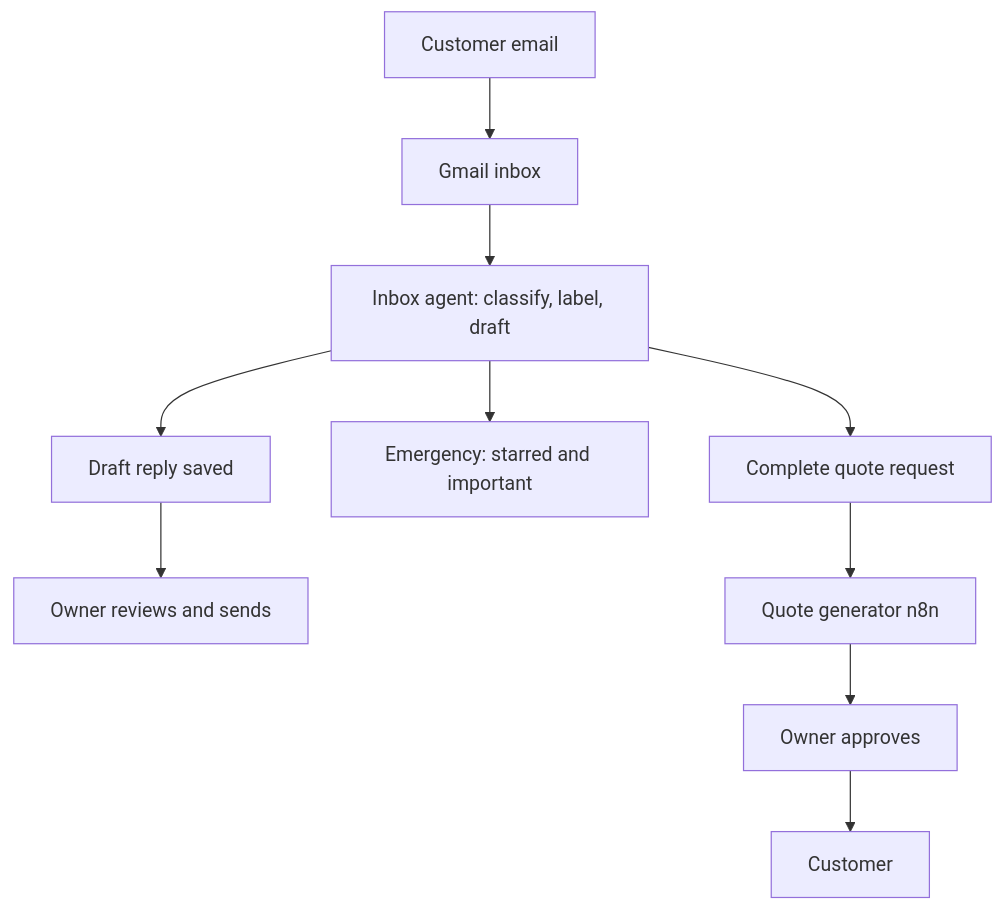
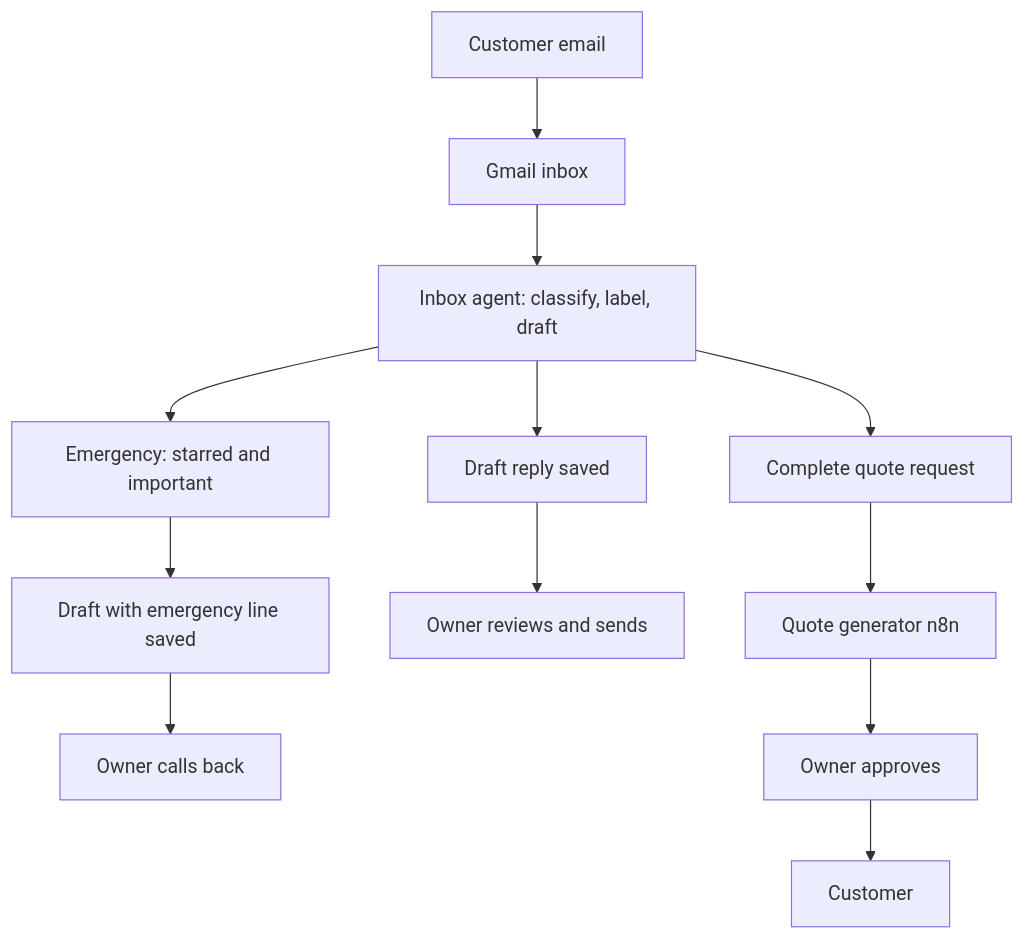
Before and after one commit to Uzelac97/summit-inbox-agent: the diagram in README.md, drawn with Mermaid.

Commit message:
README: emergency branch detail

````diff
--- a/README.md
+++ b/README.md
@@ -18,12 +18,14 @@
 ```mermaid
 flowchart TD
     C[Customer email] --> G[Gmail inbox]
     G --> A[Inbox agent: classify, label, draft]
     A --> D[Draft reply saved]
     A --> E[Emergency: starred and important]
+    E --> EM[Draft with emergency line saved]
+    EM --> CB[Owner calls back]
     A --> Q[Complete quote request]
     D --> O[Owner reviews and sends]
     Q --> N[Quote generator n8n]
     N --> P[Owner approves]
     P --> F[Customer]
 ```
````
